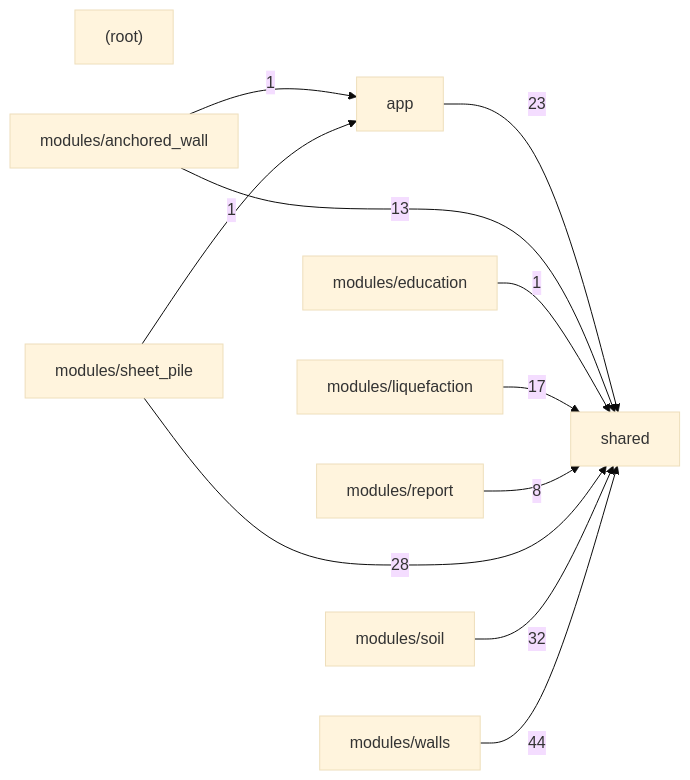
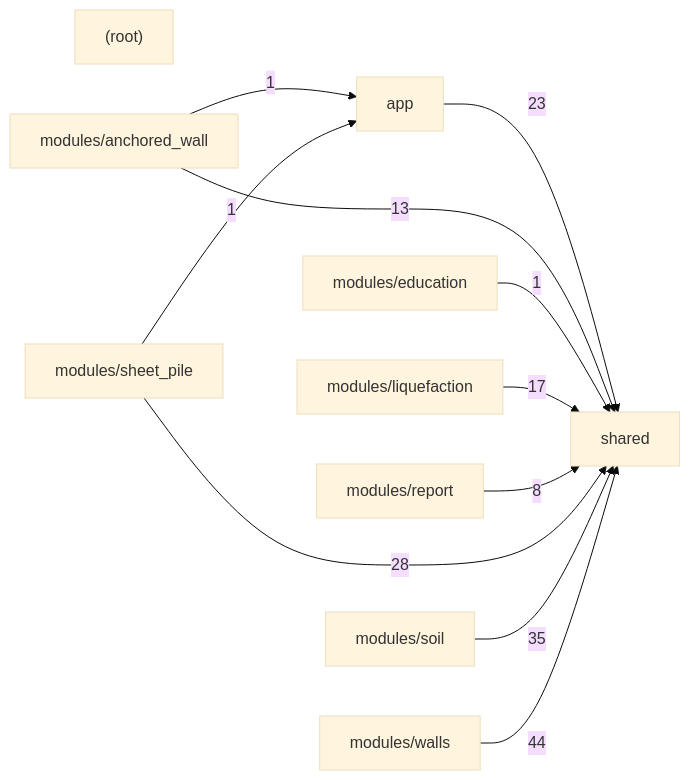
The second of 2 diagrams in docs/CODE_MAP.md (umutsertkaya/Foundation_Engineering_Program), drawn with Mermaid (base theme) before and after one commit. The commit also changed other lines of this file and 13 other files, not shown here.

````diff
--- a/docs/CODE_MAP.md
+++ b/docs/CODE_MAP.md
@@ -610,23 +611,23 @@
 ```mermaid
 graph LR
   _root_["(root)"]
   app["app"]
   modules_anchored_wall["modules/anchored_wall"]
   modules_education["modules/education"]
   modules_liquefaction["modules/liquefaction"]
   modules_report["modules/report"]
   modules_sheet_pile["modules/sheet_pile"]
   modules_soil["modules/soil"]
   modules_walls["modules/walls"]
   shared["shared"]
   app -->|23| shared
   modules_anchored_wall -->|1| app
   modules_anchored_wall -->|13| shared
   modules_education -->|1| shared
   modules_liquefaction -->|17| shared
   modules_report -->|8| shared
   modules_sheet_pile -->|1| app
   modules_sheet_pile -->|28| shared
-  modules_soil -->|32| shared
+  modules_soil -->|35| shared
   modules_walls -->|44| shared
 ```
````
